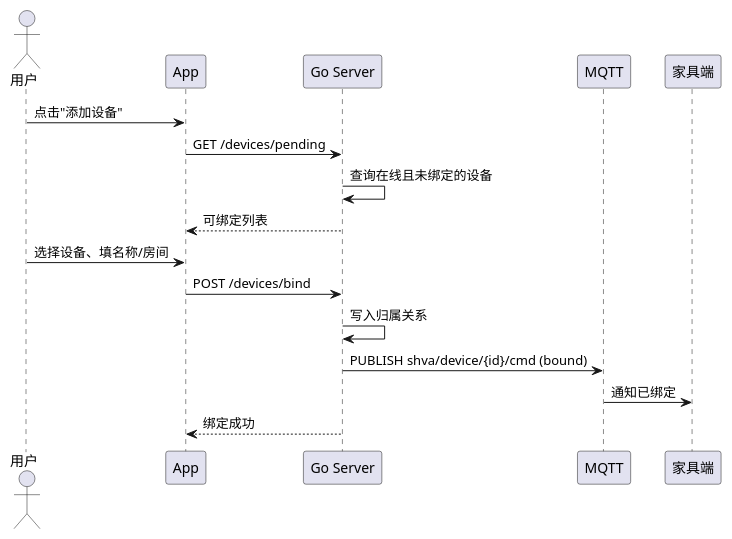
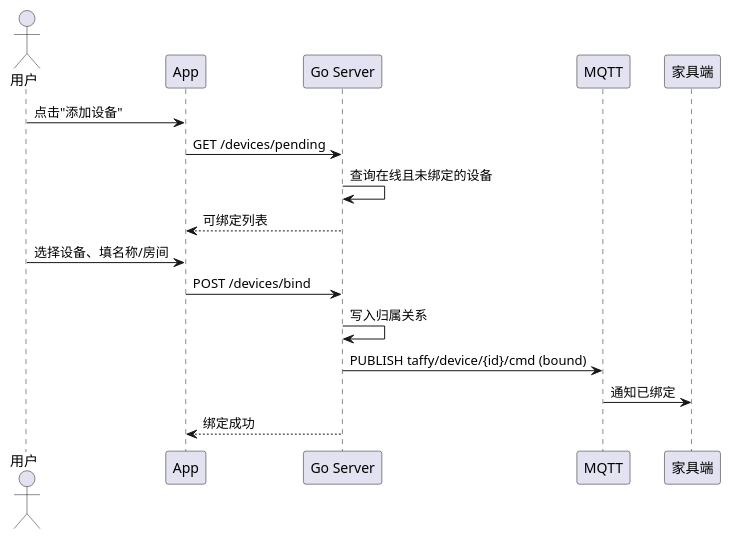
One commit to Yoruko666/Taffy-Assistant changed the fourth of 6 diagrams in docs/03-软件设计文档.md. Above: the diagram before and after it, drawn with PlantUML. The commit also changed other lines of this file and 62 other files, not shown here.

````diff
--- a/docs/03-软件设计文档.md
+++ b/docs/03-软件设计文档.md
@@ -547,20 +547,20 @@
 ```plantuml
 @startuml
 actor 用户
 participant App
 participant "Go Server" as Srv
 participant MQTT as MQ
 participant 家具端 as Dev
 
 用户 -> App : 点击"添加设备"
 App -> Srv : GET /devices/pending
 Srv -> Srv : 查询在线且未绑定的设备
 Srv --> App : 可绑定列表
 用户 -> App : 选择设备、填名称/房间
 App -> Srv : POST /devices/bind
 Srv -> Srv : 写入归属关系
-Srv -> MQ  : PUBLISH shva/device/{id}/cmd (bound)
+Srv -> MQ  : PUBLISH taffy/device/{id}/cmd (bound)
 MQ -> Dev  : 通知已绑定
 Srv --> App : 绑定成功
 @enduml
 ```
````
